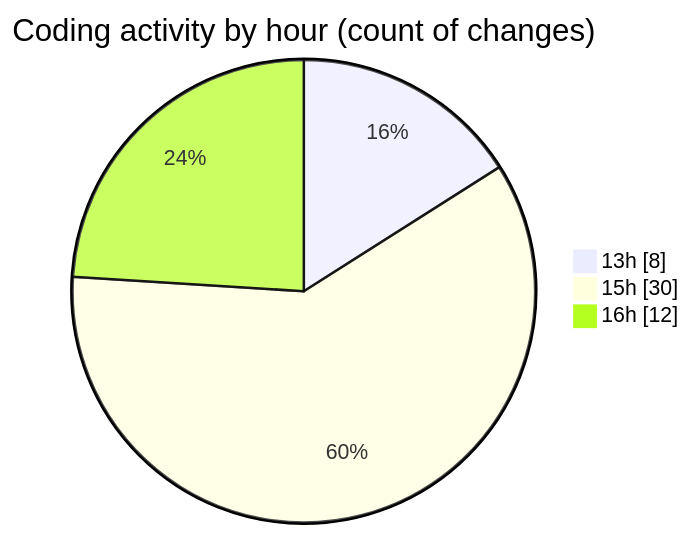
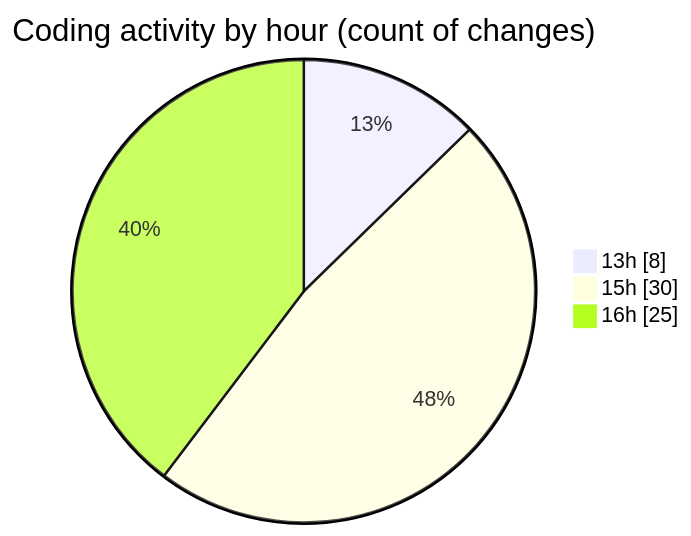
The second of 2 diagrams in 2025-04-08/nxtqube_webapp/README.md (nxtqubesakshisongat/code-tracking), drawn with Mermaid before and after one commit. The commit also changed other lines of this file and 1 other file, not shown here.

````diff
--- a/2025-04-08/nxtqube_webapp/README.md
+++ b/2025-04-08/nxtqube_webapp/README.md
@@ -30,7 +30,7 @@
 ```mermaid
 pie showData
 title Coding activity by hour (count of changes)
 "13h" : 8
 "15h" : 30
-"16h" : 12
+"16h" : 25
 ```
````
